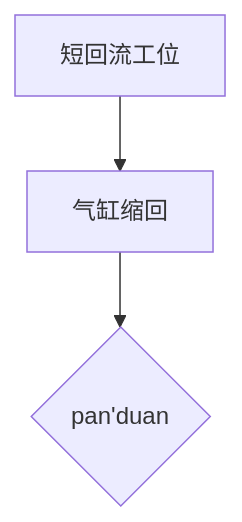
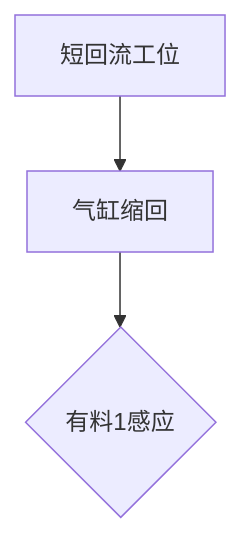
The diagram in all/未命名.md (zmq000/iodraw-files), drawn with Mermaid before and after one commit.

Commit message:
2026-06-17 20:57:00 update

````diff
--- a/all/未命名.md
+++ b/all/未命名.md
@@ -1,6 +1,6 @@
 ```mermaid
 graph TD
 0[短回流工位]-->10
 10[气缸缩回]-->20
-20{pan'duan}
+20{有料1感应}
 ```
````
